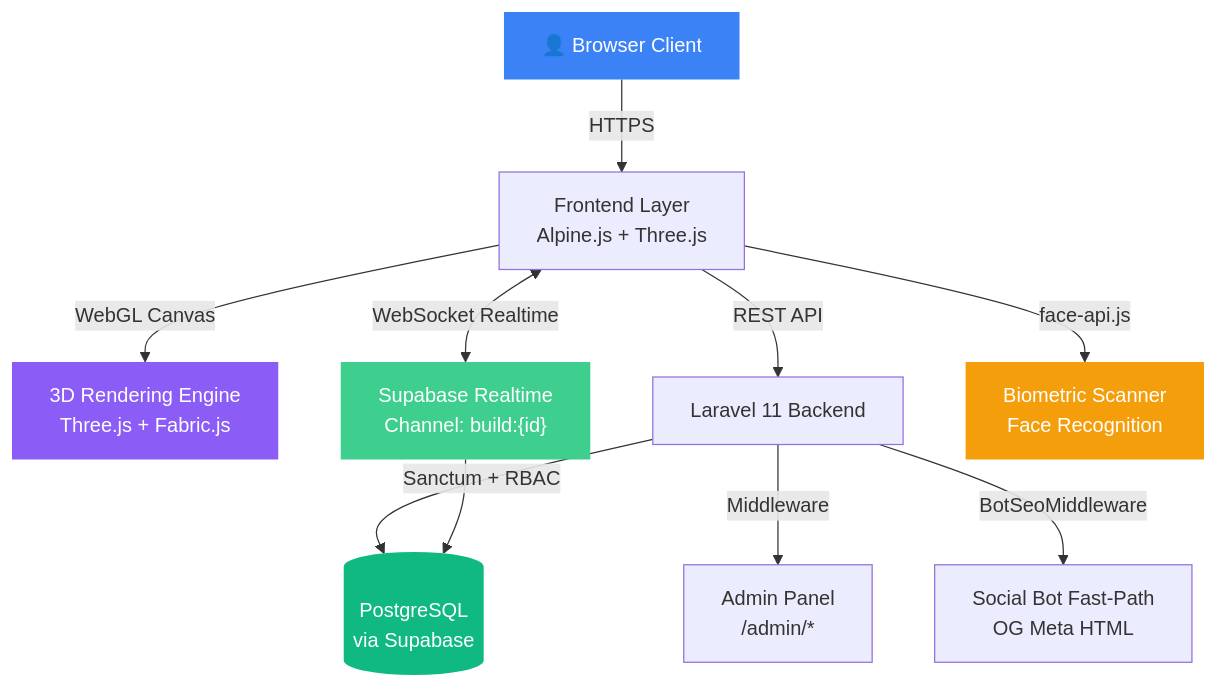
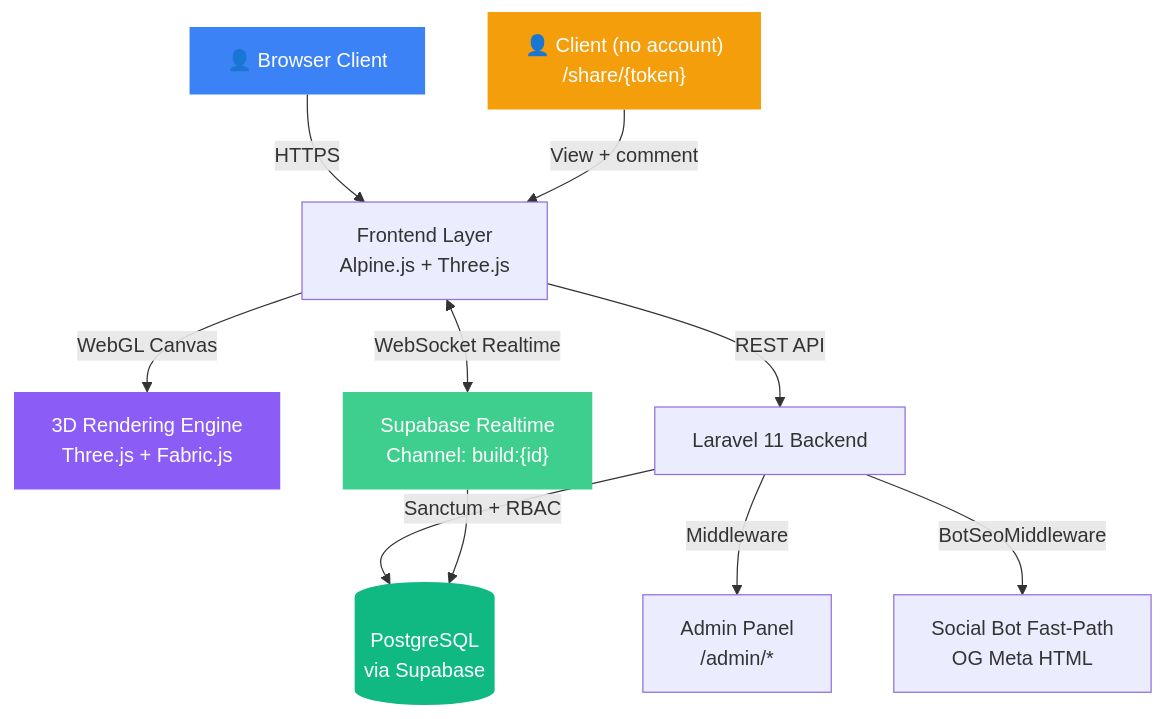
The diagram in README.md (dev-lou/SpatialSync), drawn with Mermaid before and after one commit. The commit also changed other lines of this file and 64 other files, not shown here.

````diff
--- a/README.md
+++ b/README.md
@@ -278,18 +285,18 @@
 ```mermaid
 graph TD
     USER["👤 Browser Client"] -->|HTTPS| FE["Frontend Layer\nAlpine.js + Three.js"]
     FE -->|WebGL Canvas| R3D["3D Rendering Engine\nThree.js + Fabric.js"]
     FE -->|REST API| BE["Laravel 11 Backend"]
     FE <-->|WebSocket Realtime| SR["Supabase Realtime\nChannel: build:{id}"]
-    FE -->|face-api.js| BIO["Biometric Scanner\nFace Recognition"]
+    CLIENT["👤 Client (no account)\n/share/{token}"] -->|View + comment| FE
     BE -->|Sanctum + RBAC| DB[("PostgreSQL\nvia Supabase")]
     SR --> DB
     BE -->|Middleware| ADMIN["Admin Panel\n/admin/*"]
     BE -->|BotSeoMiddleware| BOT["Social Bot Fast-Path\nOG Meta HTML"]
 
     style USER fill:#3B82F6,color:#fff,stroke:none
     style R3D fill:#8B5CF6,color:#fff,stroke:none
     style DB fill:#10B981,color:#fff,stroke:none
     style SR fill:#3ECF8E,color:#fff,stroke:none
-    style BIO fill:#F59E0B,color:#fff,stroke:none
+    style CLIENT fill:#F59E0B,color:#fff,stroke:none
 ```
````
